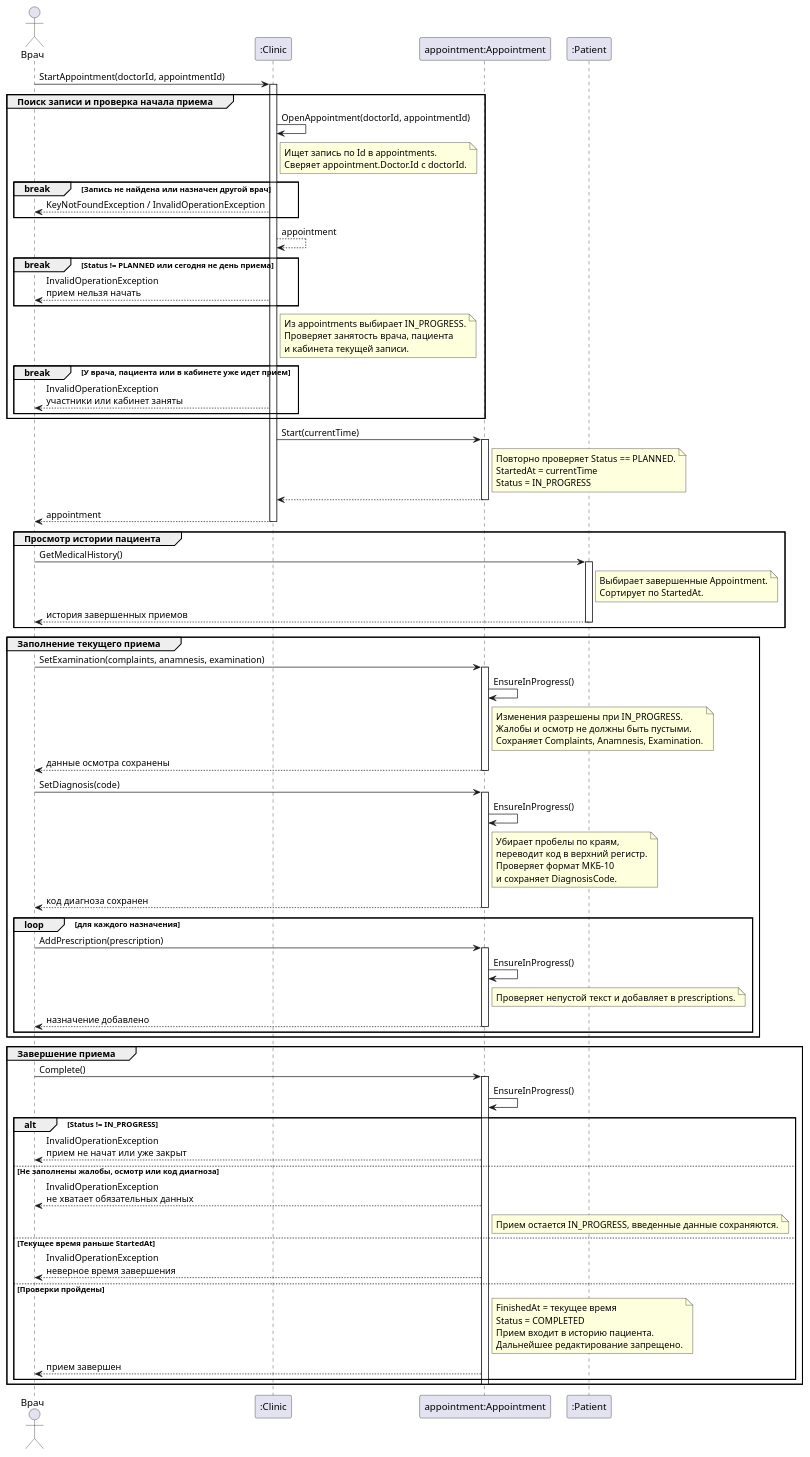
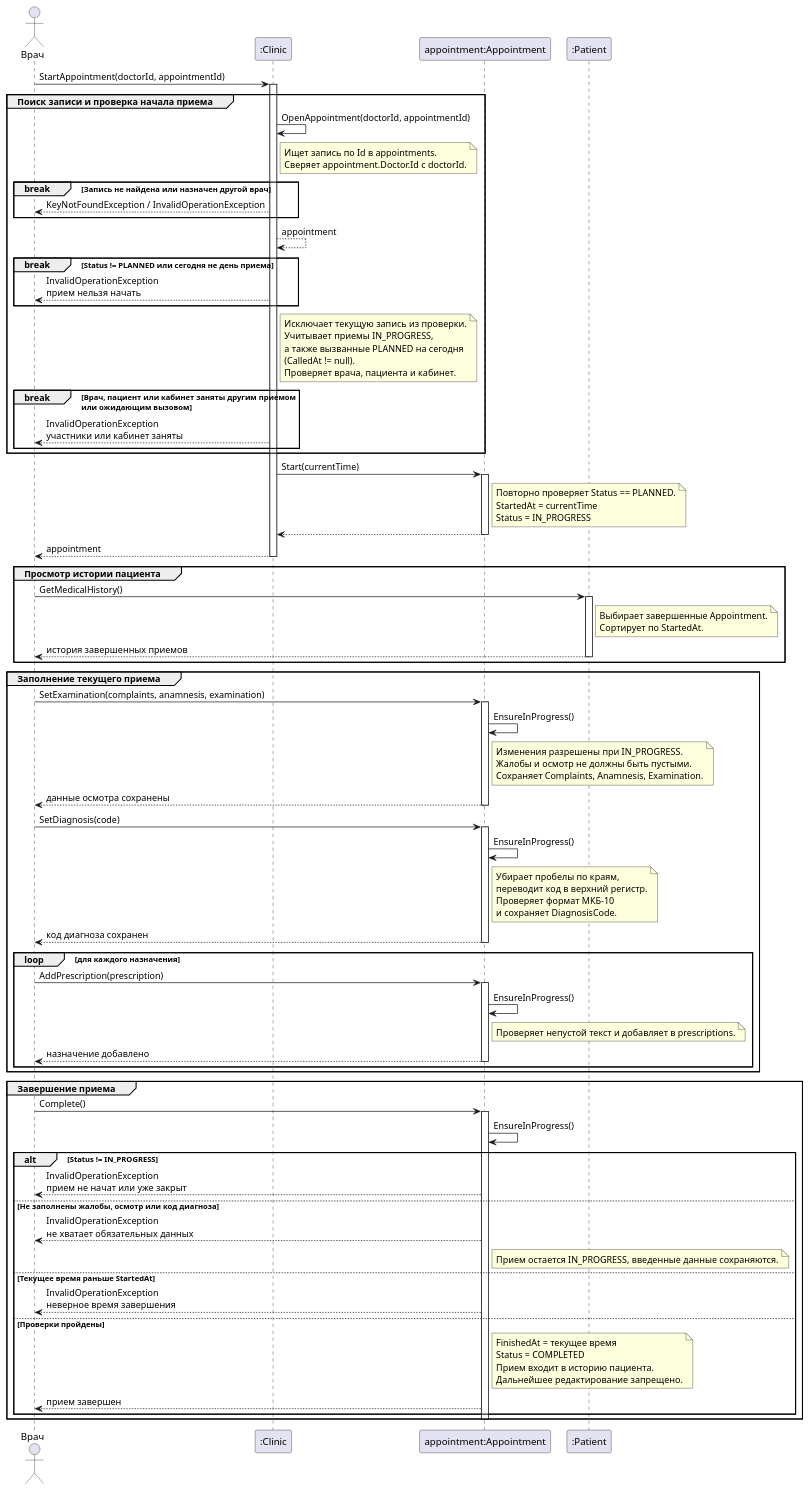
Before and after one commit to penamarth/bsbo-11-24_team3_var3_clinic: the diagram in Прецеденты/Прием пациента и ведение медкарты/Диаграмма последовательности Прием пациента и ведение медкарты.md, drawn with PlantUML. The commit also changed other lines of this file and 2 other files, not shown here.

Commit message:
docs: уточнить контракт записи и проверки начала приема

```diff
--- a/Прецеденты/Прием пациента и ведение медкарты/Диаграмма последовательности Прием пациента и ведение медкарты.md
+++ b/Прецеденты/Прием пациента и ведение медкарты/Диаграмма последовательности Прием пациента и ведение медкарты.md
@@ -31,11 +31,13 @@
   end
 
   note right of C
-    Из appointments выбирает IN_PROGRESS.
-    Проверяет занятость врача, пациента
-    и кабинета текущей записи.
+    Исключает текущую запись из проверки.
+    Учитывает приемы IN_PROGRESS,
+    а также вызванные PLANNED на сегодня
+    (CalledAt != null).
+    Проверяет врача, пациента и кабинет.
   end note
-  break У врача, пациента или в кабинете уже идет прием
+  break Врач, пациент или кабинет заняты другим приемом\nили ожидающим вызовом
     C --> Врач : InvalidOperationException\nучастники или кабинет заняты
   end
 end
```
